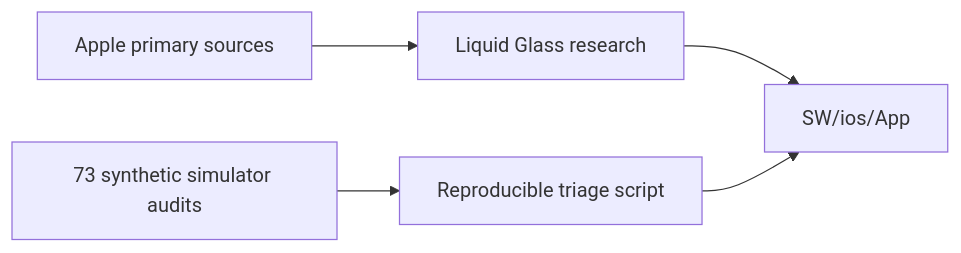
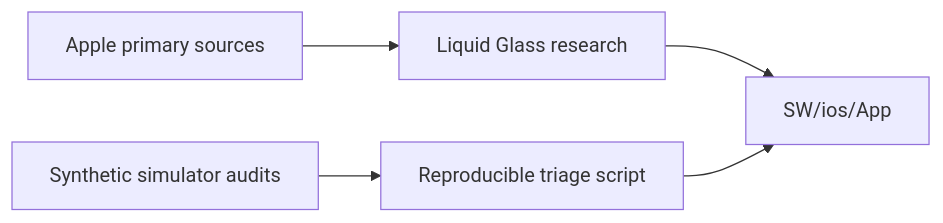
Before and after one commit to Harwasch/voiceremote: the diagram in AI/SW/README.md, drawn with Mermaid. The commit also changed other lines of this file and 21 other files, not shown here.

````diff
--- a/AI/SW/README.md
+++ b/AI/SW/README.md
@@ -3,6 +3,6 @@
 ```mermaid
 flowchart LR
   Apple[Apple primary sources] --> Research[Liquid Glass research]
-  Audits[73 synthetic simulator audits] --> Summary[Reproducible triage script]
+  Audits[Synthetic simulator audits] --> Summary[Reproducible triage script]
   Research & Summary --> App[SW/ios/App]
 ```
````
